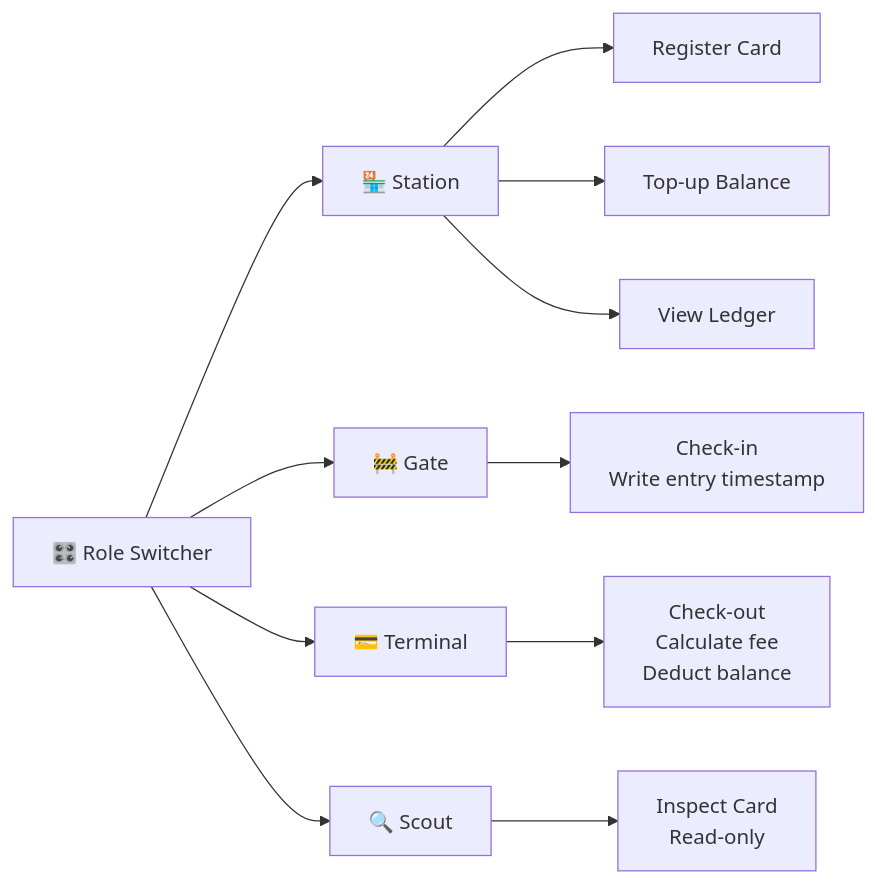
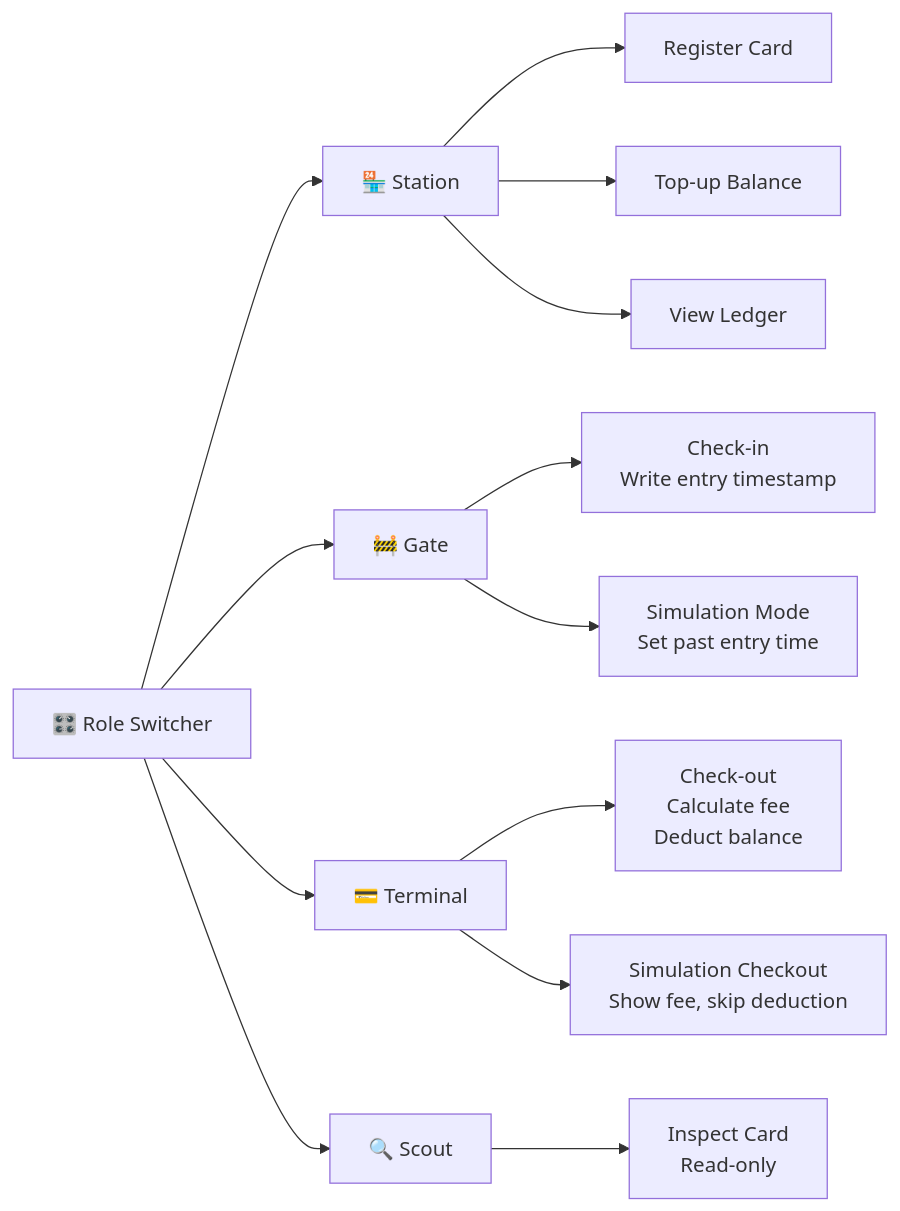
Before and after one commit to Schitzos/mbc-nfc: the first of 16 diagrams in docs/PRESENTATION.md, drawn with Mermaid. The commit also changed other lines of this file and 1 other file, not shown here.

````diff
--- a/docs/PRESENTATION.md
+++ b/docs/PRESENTATION.md
@@ -109,17 +122,19 @@
 ```mermaid
 flowchart LR
     RS[🎛️ Role Switcher] --> S[🏪 Station]
     RS --> G[🚧 Gate]
     RS --> T[💳 Terminal]
     RS --> SC[🔍 Scout]
 
     S --> S1[Register Card]
     S --> S2[Top-up Balance]
     S --> S3[View Ledger]
 
     G --> G1[Check-in<br/>Write entry timestamp]
+    G --> G2[Simulation Mode<br/>Set past entry time]
 
     T --> T1[Check-out<br/>Calculate fee<br/>Deduct balance]
+    T --> T2[Simulation Checkout<br/>Show fee, skip deduction]
 
     SC --> SC1[Inspect Card<br/>Read-only]
 ```
````
